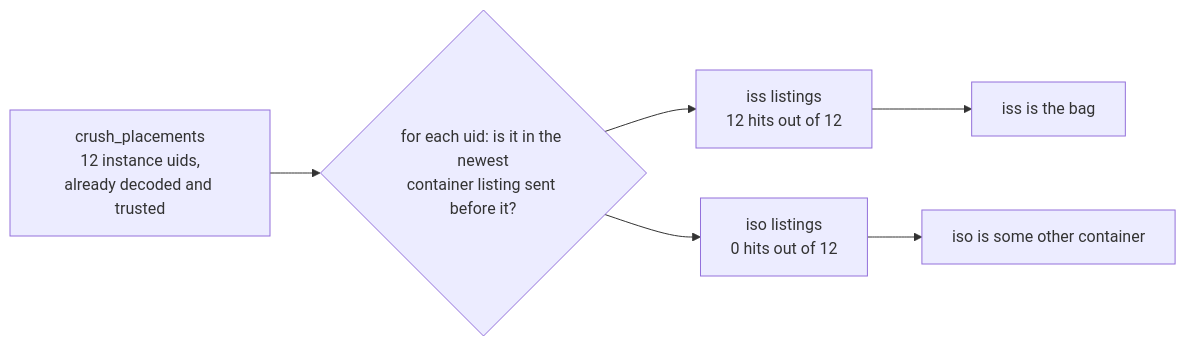
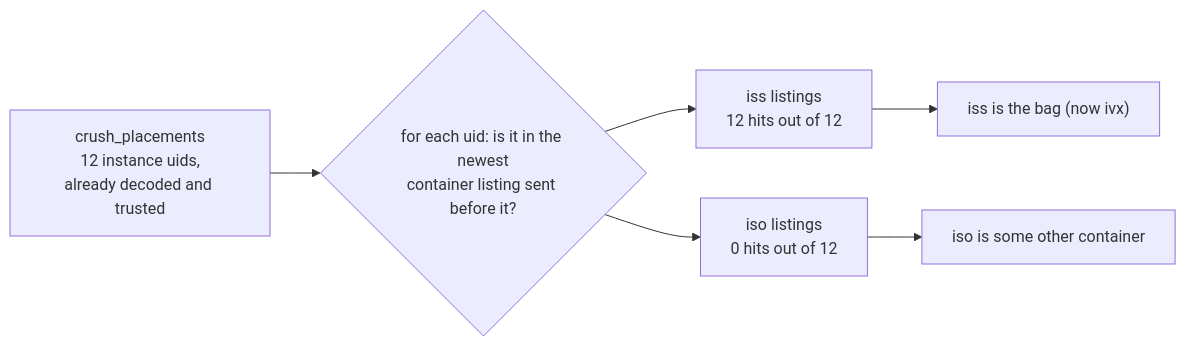
Before and after one commit to Miou-zora/SniffSniffSquared: the second of 3 diagrams in blog/03-identifying-a-message-with-no-schema.md, drawn with Mermaid. The commit also changed other lines of this file, not shown here.

````diff
--- a/blog/03-identifying-a-message-with-no-schema.md
+++ b/blog/03-identifying-a-message-with-no-schema.md
@@ -137,8 +142,8 @@
 ```mermaid
 flowchart LR
     A["crush_placements<br/>12 instance uids,<br/>already decoded and trusted"] --> Q{"for each uid: is it in the newest<br/>container listing sent before it?"}
     Q --> B["iss listings<br/>12 hits out of 12"]
     Q --> C["iso listings<br/>0 hits out of 12"]
-    B --> D["iss is the bag"]
+    B --> D["iss is the bag (now ivx)"]
     C --> E["iso is some other container"]
 ```
````
